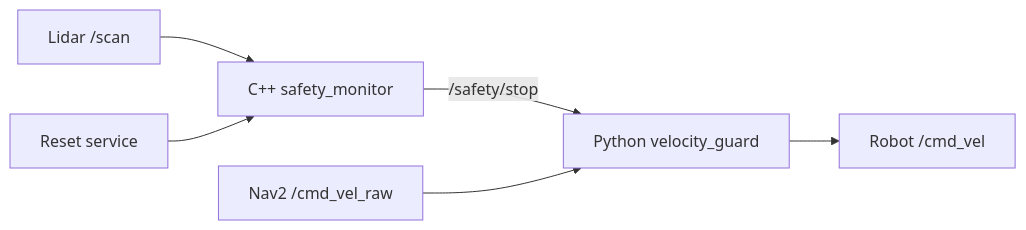
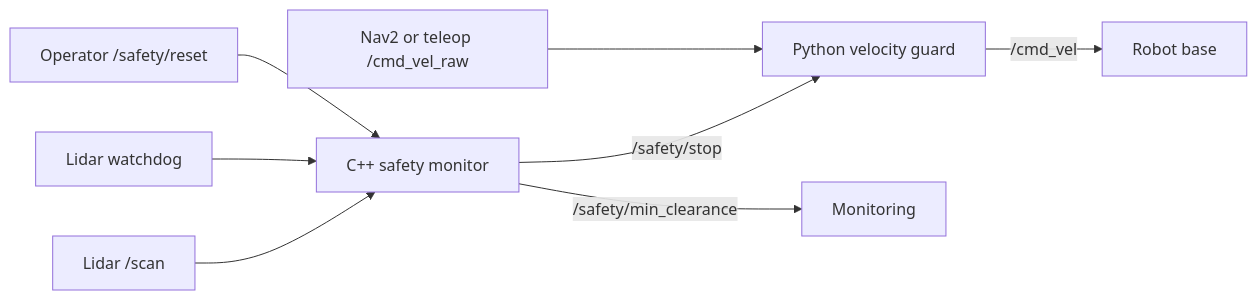
Before and after one commit to Harshpatel0812/ros2-lidar-safety-monitor: the diagram in README.md, drawn with Mermaid. The commit also changed other lines of this file and 3 other files, not shown here.

Commit message:
test: add automated lidar watchdog integration test

````diff
--- a/README.md
+++ b/README.md
@@ -18,8 +36,10 @@
 ```mermaid
 flowchart LR
-    L["Lidar /scan"] --> M["C++ safety_monitor"]
-    M -->|/safety/stop| G["Python velocity_guard"]
-    N["Nav2 /cmd_vel_raw"] --> G
-    G --> R["Robot /cmd_vel"]
-    U["Reset service"] --> M
+    L["Lidar /scan"] --> M["C++ safety monitor"]
+    M -->|"/safety/stop"| G["Python velocity guard"]
+    M -->|"/safety/min_clearance"| D["Monitoring"]
+    W["Lidar watchdog"] --> M
+    N["Nav2 or teleop /cmd_vel_raw"] --> G
+    G -->|"/cmd_vel"| R["Robot base"]
+    U["Operator /safety/reset"] --> M
 ```
````
